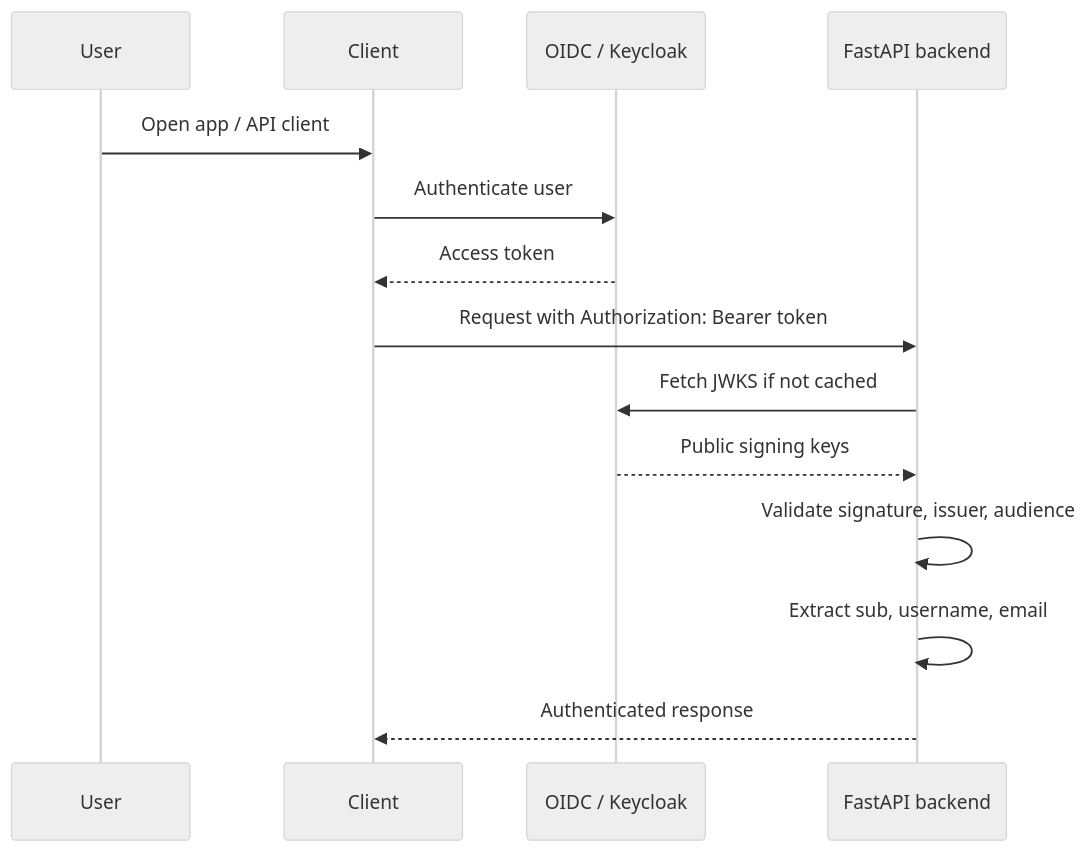
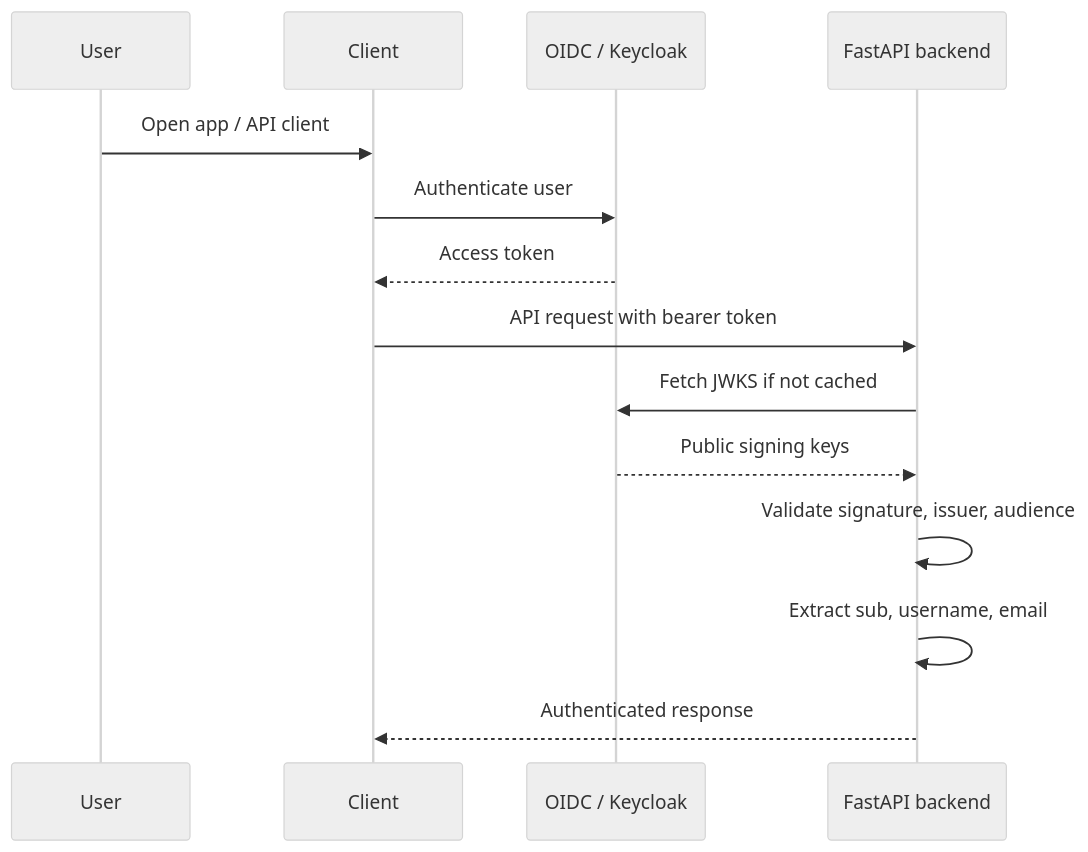
The fourth of 9 diagrams in docs/HLD.md (GeekStartup/spend-analyzer), drawn with Mermaid (neutral theme) before and after one commit. The commit also changed other lines of this file, not shown here.

Commit message:
Reduce HLD and LLD overlap in architecture docs

````diff
--- a/docs/HLD.md
+++ b/docs/HLD.md
@@ -136,17 +136,17 @@
 ```mermaid
 sequenceDiagram
     participant User
     participant Client
     participant IdP as OIDC / Keycloak
     participant API as FastAPI backend
 
     User->>Client: Open app / API client
     Client->>IdP: Authenticate user
     IdP-->>Client: Access token
-    Client->>API: Request with Authorization: Bearer token
+    Client->>API: API request with bearer token
     API->>IdP: Fetch JWKS if not cached
     IdP-->>API: Public signing keys
     API->>API: Validate signature, issuer, audience
     API->>API: Extract sub, username, email
     API-->>Client: Authenticated response
 ```
````
